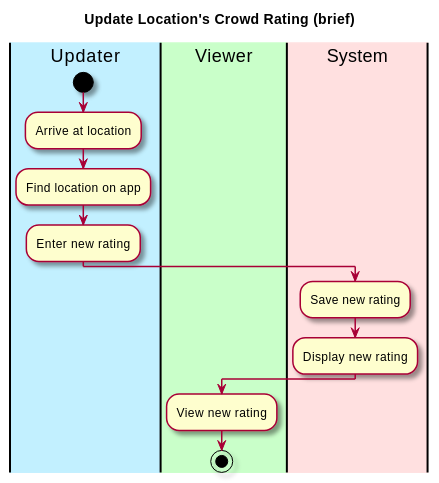
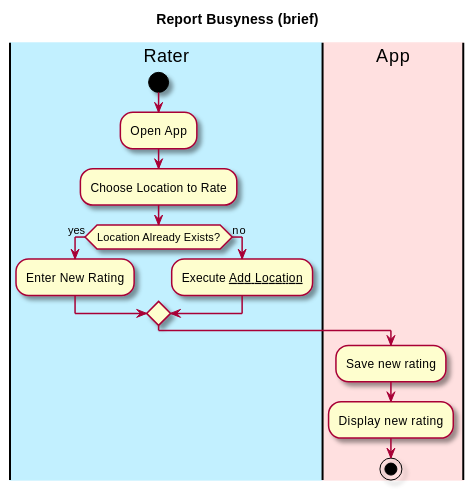
Before and after one commit to manoushpajouh/Vassar-Crowdmeter: the diagram in intellij/documentation/use_cases/report_busyness.md, drawn with PlantUML. The commit also changed other lines of this file and 1 other file, not shown here.

Commit message:
updated uml diagram for report busyness

````diff
--- a/intellij/documentation/use_cases/report_busyness.md
+++ b/intellij/documentation/use_cases/report_busyness.md
@@ -32,29 +32,32 @@
 ```plantuml
 @startuml
 
 skin rose
 
-title Update Location's Crowd Rating (brief)
+title Report Busyness (brief)
 
 'define the lanes
-|#application|Updater|
-|#technology|Viewer|
-|#implementation|System|
+|#application|Rater|
+|#implementation|App|
 
-|Updater|
+|Rater|
 start
-:Arrive at location;
-:Find location on app;
-:Enter new rating;
 
-|System|
+:Open App;
+:Choose Location to Rate;
+if (Location Already Exists?) then (yes)
+:Enter New Rating;
+else (no)
+:Execute __Add Location__;
+endif
+
+
+|App|
 :Save new rating;
 :Display new rating;
 
 
-|Viewer|
-:View new rating;
 
 stop
 @enduml
 ```
````
